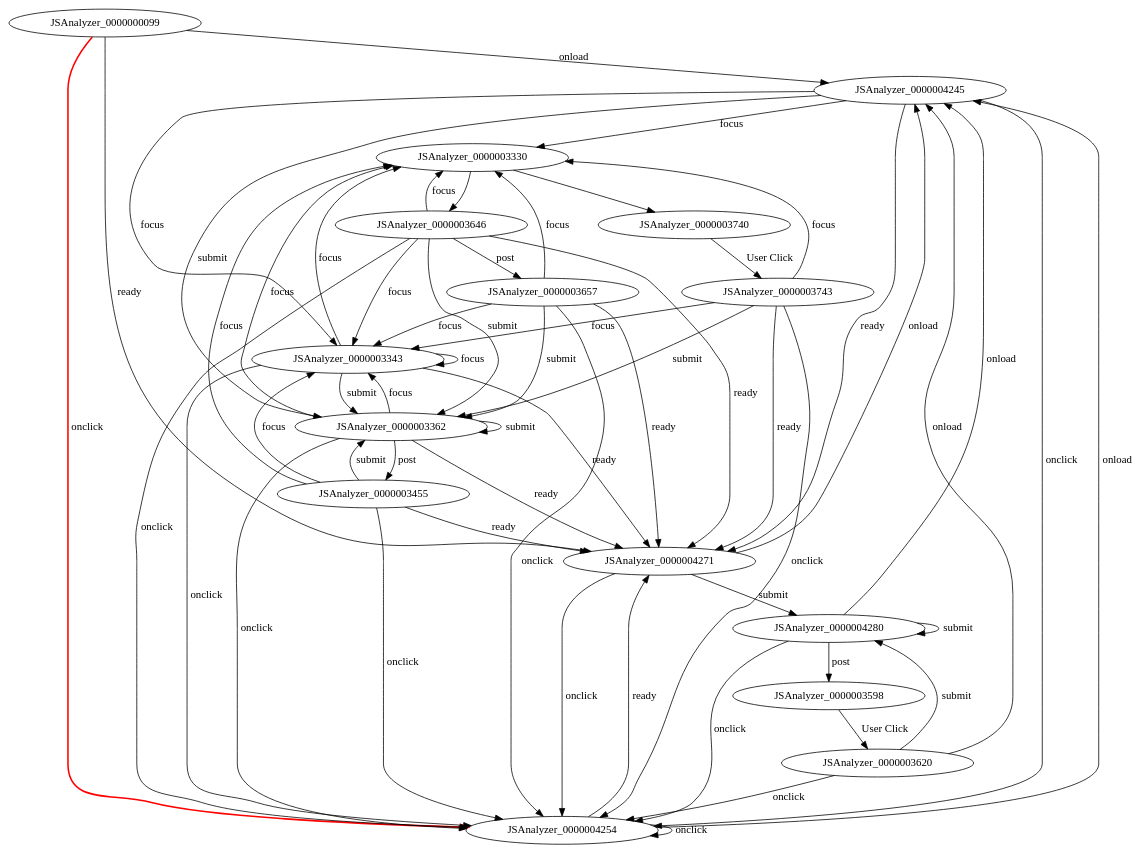
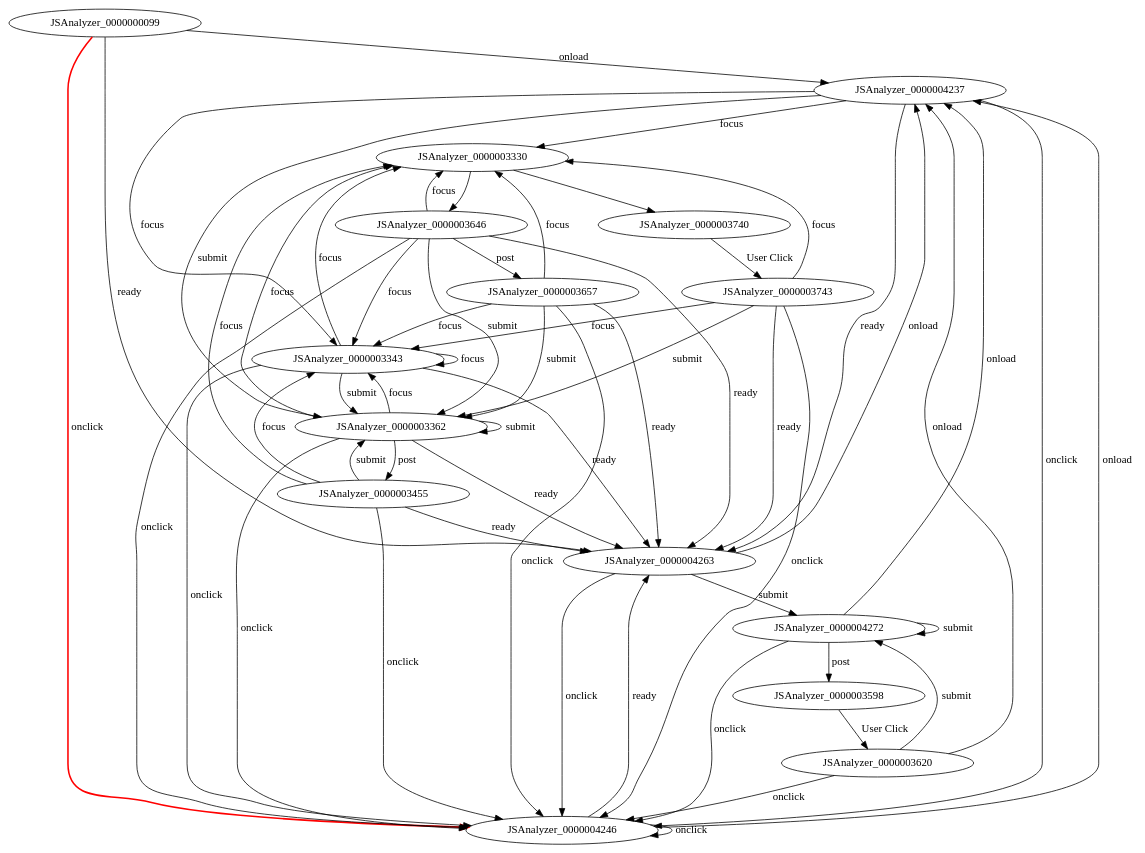
The diagram in projects/project/verify/counterexample/CS2020mError.spec.1.step.1.dot (mzw/JSAnalyzer), drawn with Graphviz before and after one commit. The commit also changed 154 other files, not shown here.

```diff
--- a/projects/project/verify/counterexample/CS2020mError.spec.1.step.1.dot
+++ b/projects/project/verify/counterexample/CS2020mError.spec.1.step.1.dot
@@ -1,74 +1,74 @@
 digraph FSM {
 JSAnalyzer_0000000099;
 JSAnalyzer_0000003330;
 JSAnalyzer_0000003343;
 JSAnalyzer_0000003362;
 JSAnalyzer_0000003455;
 JSAnalyzer_0000003598;
 JSAnalyzer_0000003646;
 JSAnalyzer_0000003657;
 JSAnalyzer_0000003740;
-JSAnalyzer_0000004245;
-JSAnalyzer_0000004254;
-JSAnalyzer_0000004271;
-JSAnalyzer_0000004280;
+JSAnalyzer_0000004237;
+JSAnalyzer_0000004246;
+JSAnalyzer_0000004263;
+JSAnalyzer_0000004272;
 JSAnalyzer_0000003620;
 JSAnalyzer_0000003743;
 JSAnalyzer_0000003330 -> JSAnalyzer_0000003646 []
 JSAnalyzer_0000003330 -> JSAnalyzer_0000003740 []
-JSAnalyzer_0000000099 -> JSAnalyzer_0000004245 [label="onload"]
-JSAnalyzer_0000000099 -> JSAnalyzer_0000004254 [label="onclick",style=bold,color=red]
-JSAnalyzer_0000000099 -> JSAnalyzer_0000004271 [label="ready"]
+JSAnalyzer_0000000099 -> JSAnalyzer_0000004237 [label="onload"]
+JSAnalyzer_0000000099 -> JSAnalyzer_0000004246 [label="onclick",style=bold,color=red]
+JSAnalyzer_0000000099 -> JSAnalyzer_0000004263 [label="ready"]
 JSAnalyzer_0000003343 -> JSAnalyzer_0000003330 [label="focus"]
 JSAnalyzer_0000003343 -> JSAnalyzer_0000003343 [label="focus"]
 JSAnalyzer_0000003343 -> JSAnalyzer_0000003362 [label="submit"]
-JSAnalyzer_0000003343 -> JSAnalyzer_0000004254 [label="onclick"]
-JSAnalyzer_0000003343 -> JSAnalyzer_0000004271 [label="ready"]
+JSAnalyzer_0000003343 -> JSAnalyzer_0000004246 [label="onclick"]
+JSAnalyzer_0000003343 -> JSAnalyzer_0000004263 [label="ready"]
 JSAnalyzer_0000003362 -> JSAnalyzer_0000003455 [label="post"]
 JSAnalyzer_0000003362 -> JSAnalyzer_0000003330 [label="focus"]
 JSAnalyzer_0000003362 -> JSAnalyzer_0000003343 [label="focus"]
 JSAnalyzer_0000003362 -> JSAnalyzer_0000003362 [label="submit"]
-JSAnalyzer_0000003362 -> JSAnalyzer_0000004254 [label="onclick"]
-JSAnalyzer_0000003362 -> JSAnalyzer_0000004271 [label="ready"]
+JSAnalyzer_0000003362 -> JSAnalyzer_0000004246 [label="onclick"]
+JSAnalyzer_0000003362 -> JSAnalyzer_0000004263 [label="ready"]
 JSAnalyzer_0000003455 -> JSAnalyzer_0000003330 [label="focus"]
 JSAnalyzer_0000003455 -> JSAnalyzer_0000003343 [label="focus"]
 JSAnalyzer_0000003455 -> JSAnalyzer_0000003362 [label="submit"]
-JSAnalyzer_0000003455 -> JSAnalyzer_0000004254 [label="onclick"]
-JSAnalyzer_0000003455 -> JSAnalyzer_0000004271 [label="ready"]
+JSAnalyzer_0000003455 -> JSAnalyzer_0000004246 [label="onclick"]
+JSAnalyzer_0000003455 -> JSAnalyzer_0000004263 [label="ready"]
 JSAnalyzer_0000003598 -> JSAnalyzer_0000003620 [label="User Click"]
 JSAnalyzer_0000003646 -> JSAnalyzer_0000003657 [label="post"]
 JSAnalyzer_0000003646 -> JSAnalyzer_0000003330 [label="focus"]
 JSAnalyzer_0000003646 -> JSAnalyzer_0000003343 [label="focus"]
 JSAnalyzer_0000003646 -> JSAnalyzer_0000003362 [label="submit"]
-JSAnalyzer_0000003646 -> JSAnalyzer_0000004254 [label="onclick"]
-JSAnalyzer_0000003646 -> JSAnalyzer_0000004271 [label="ready"]
+JSAnalyzer_0000003646 -> JSAnalyzer_0000004246 [label="onclick"]
+JSAnalyzer_0000003646 -> JSAnalyzer_0000004263 [label="ready"]
 JSAnalyzer_0000003657 -> JSAnalyzer_0000003330 [label="focus"]
 JSAnalyzer_0000003657 -> JSAnalyzer_0000003343 [label="focus"]
 JSAnalyzer_0000003657 -> JSAnalyzer_0000003362 [label="submit"]
-JSAnalyzer_0000003657 -> JSAnalyzer_0000004254 [label="onclick"]
-JSAnalyzer_0000003657 -> JSAnalyzer_0000004271 [label="ready"]
+JSAnalyzer_0000003657 -> JSAnalyzer_0000004246 [label="onclick"]
+JSAnalyzer_0000003657 -> JSAnalyzer_0000004263 [label="ready"]
 JSAnalyzer_0000003740 -> JSAnalyzer_0000003743 [label="User Click"]
-JSAnalyzer_0000004245 -> JSAnalyzer_0000003330 [label="focus"]
-JSAnalyzer_0000004245 -> JSAnalyzer_0000003343 [label="focus"]
-JSAnalyzer_0000004245 -> JSAnalyzer_0000003362 [label="submit"]
-JSAnalyzer_0000004245 -> JSAnalyzer_0000004254 [label="onclick"]
-JSAnalyzer_0000004245 -> JSAnalyzer_0000004271 [label="ready"]
-JSAnalyzer_0000004254 -> JSAnalyzer_0000004245 [label="onload"]
-JSAnalyzer_0000004254 -> JSAnalyzer_0000004254 [label="onclick"]
-JSAnalyzer_0000004254 -> JSAnalyzer_0000004271 [label="ready"]
-JSAnalyzer_0000004271 -> JSAnalyzer_0000004280 [label="submit"]
-JSAnalyzer_0000004271 -> JSAnalyzer_0000004245 [label="onload"]
-JSAnalyzer_0000004271 -> JSAnalyzer_0000004254 [label="onclick"]
-JSAnalyzer_0000004280 -> JSAnalyzer_0000003598 [label="post"]
-JSAnalyzer_0000004280 -> JSAnalyzer_0000004280 [label="submit"]
-JSAnalyzer_0000004280 -> JSAnalyzer_0000004245 [label="onload"]
-JSAnalyzer_0000004280 -> JSAnalyzer_0000004254 [label="onclick"]
-JSAnalyzer_0000003620 -> JSAnalyzer_0000004280 [label="submit"]
-JSAnalyzer_0000003620 -> JSAnalyzer_0000004245 [label="onload"]
-JSAnalyzer_0000003620 -> JSAnalyzer_0000004254 [label="onclick"]
+JSAnalyzer_0000004237 -> JSAnalyzer_0000003330 [label="focus"]
+JSAnalyzer_0000004237 -> JSAnalyzer_0000003343 [label="focus"]
+JSAnalyzer_0000004237 -> JSAnalyzer_0000003362 [label="submit"]
+JSAnalyzer_0000004237 -> JSAnalyzer_0000004246 [label="onclick"]
+JSAnalyzer_0000004237 -> JSAnalyzer_0000004263 [label="ready"]
+JSAnalyzer_0000004246 -> JSAnalyzer_0000004237 [label="onload"]
+JSAnalyzer_0000004246 -> JSAnalyzer_0000004246 [label="onclick"]
+JSAnalyzer_0000004246 -> JSAnalyzer_0000004263 [label="ready"]
+JSAnalyzer_0000004263 -> JSAnalyzer_0000004272 [label="submit"]
+JSAnalyzer_0000004263 -> JSAnalyzer_0000004237 [label="onload"]
+JSAnalyzer_0000004263 -> JSAnalyzer_0000004246 [label="onclick"]
+JSAnalyzer_0000004272 -> JSAnalyzer_0000003598 [label="post"]
+JSAnalyzer_0000004272 -> JSAnalyzer_0000004272 [label="submit"]
+JSAnalyzer_0000004272 -> JSAnalyzer_0000004237 [label="onload"]
+JSAnalyzer_0000004272 -> JSAnalyzer_0000004246 [label="onclick"]
+JSAnalyzer_0000003620 -> JSAnalyzer_0000004272 [label="submit"]
+JSAnalyzer_0000003620 -> JSAnalyzer_0000004237 [label="onload"]
+JSAnalyzer_0000003620 -> JSAnalyzer_0000004246 [label="onclick"]
 JSAnalyzer_0000003743 -> JSAnalyzer_0000003330 [label="focus"]
 JSAnalyzer_0000003743 -> JSAnalyzer_0000003343 [label="focus"]
 JSAnalyzer_0000003743 -> JSAnalyzer_0000003362 [label="submit"]
-JSAnalyzer_0000003743 -> JSAnalyzer_0000004254 [label="onclick"]
-JSAnalyzer_0000003743 -> JSAnalyzer_0000004271 [label="ready"]
+JSAnalyzer_0000003743 -> JSAnalyzer_0000004246 [label="onclick"]
+JSAnalyzer_0000003743 -> JSAnalyzer_0000004263 [label="ready"]
 }
```
